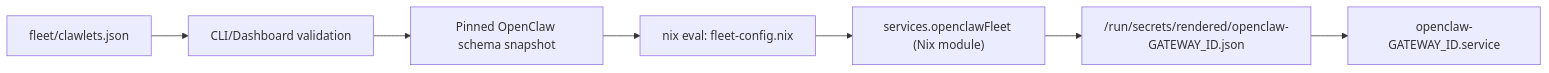
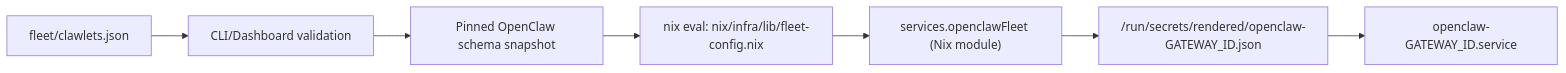
Before and after one commit to regenrek/clawlets: the diagram in apps/docs/content/docs/configuration/typed-surfaces.mdx, drawn with Mermaid. The commit also changed other lines of this file and 629 other files, not shown here.

First line of the commit message:
refactor(core): domain re-architecture for openclaw core lib (#161)

````diff
--- a/apps/docs/content/docs/configuration/typed-surfaces.mdx
+++ b/apps/docs/content/docs/configuration/typed-surfaces.mdx
@@ -80,9 +80,9 @@
 ```mermaid
 flowchart LR
   A["fleet/clawlets.json"] --> B["CLI/Dashboard validation"]
   B --> S["Pinned OpenClaw schema snapshot"]
-  S --> C["nix eval: fleet-config.nix"]
+  S --> C["nix eval: nix/infra/lib/fleet-config.nix"]
   C --> D["services.openclawFleet (Nix module)"]
   D --> E["/run/secrets/rendered/openclaw-GATEWAY_ID.json"]
   E --> F["openclaw-GATEWAY_ID.service"]
 ```
````
